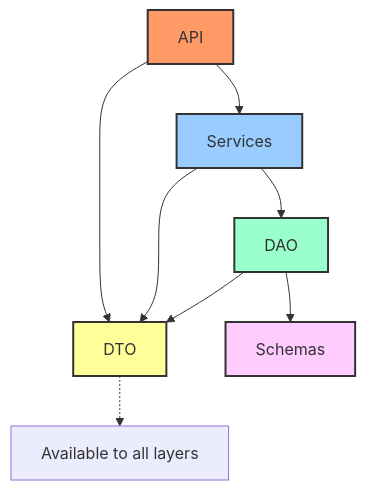
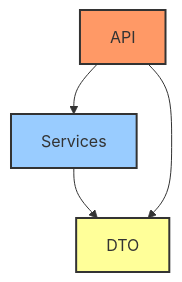
Before and after one commit to ALEX-TEMPLATES/fast-api-pure: the diagram in README.md, drawn with Mermaid. The commit also changed other lines of this file and 24 other files, not shown here.

````diff
--- a/README.md
+++ b/README.md
@@ -9,22 +9,14 @@
 ```mermaid
 graph TD
     A[API] --> S[Services]
-    A --> DTO[DTO]
-    S --> D[DAO]
-    S --> DTO
-    D --> SC[Schemas]
-    D --> DTO
-    DTO -.-> ALL[Available to all layers]
+    S --> DTO[DTO]
+    A --> DTO
 
     classDef api fill:#f96,stroke:#333,stroke-width:2px;
     classDef srv fill:#9cf,stroke:#333,stroke-width:2px;
-    classDef dao fill:#9fc,stroke:#333,stroke-width:2px;
-    classDef schema fill:#fcf,stroke:#333,stroke-width:2px;
     classDef dto fill:#ff9,stroke:#333,stroke-width:2px;
     
     class A api;
     class S srv;
-    class D dao;
-    class SC schema;
     class DTO dto;
 ```
````
